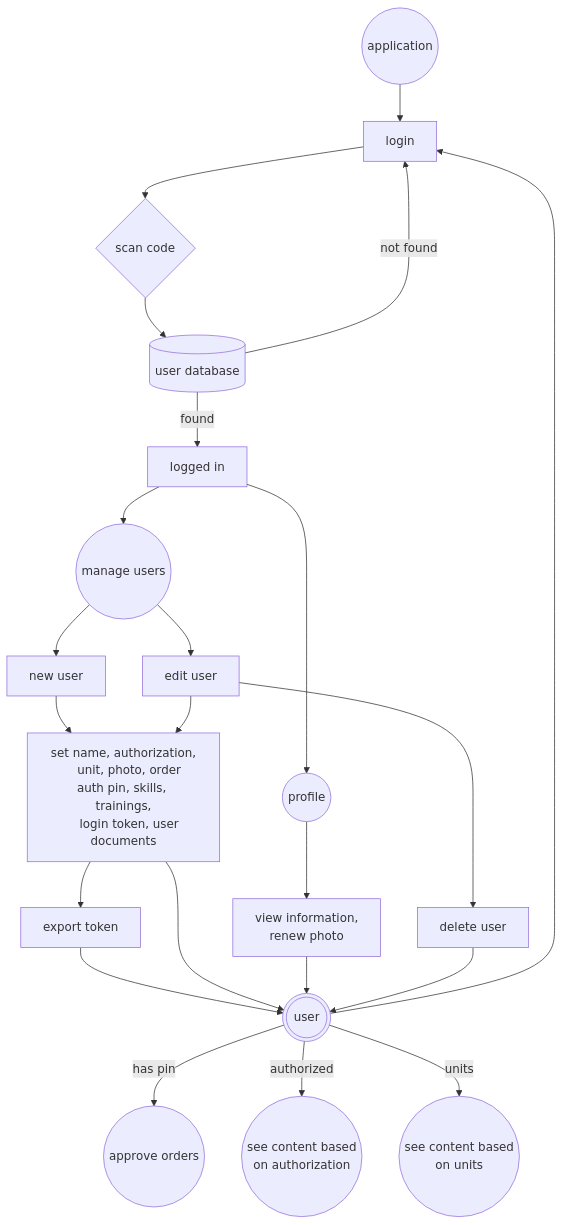
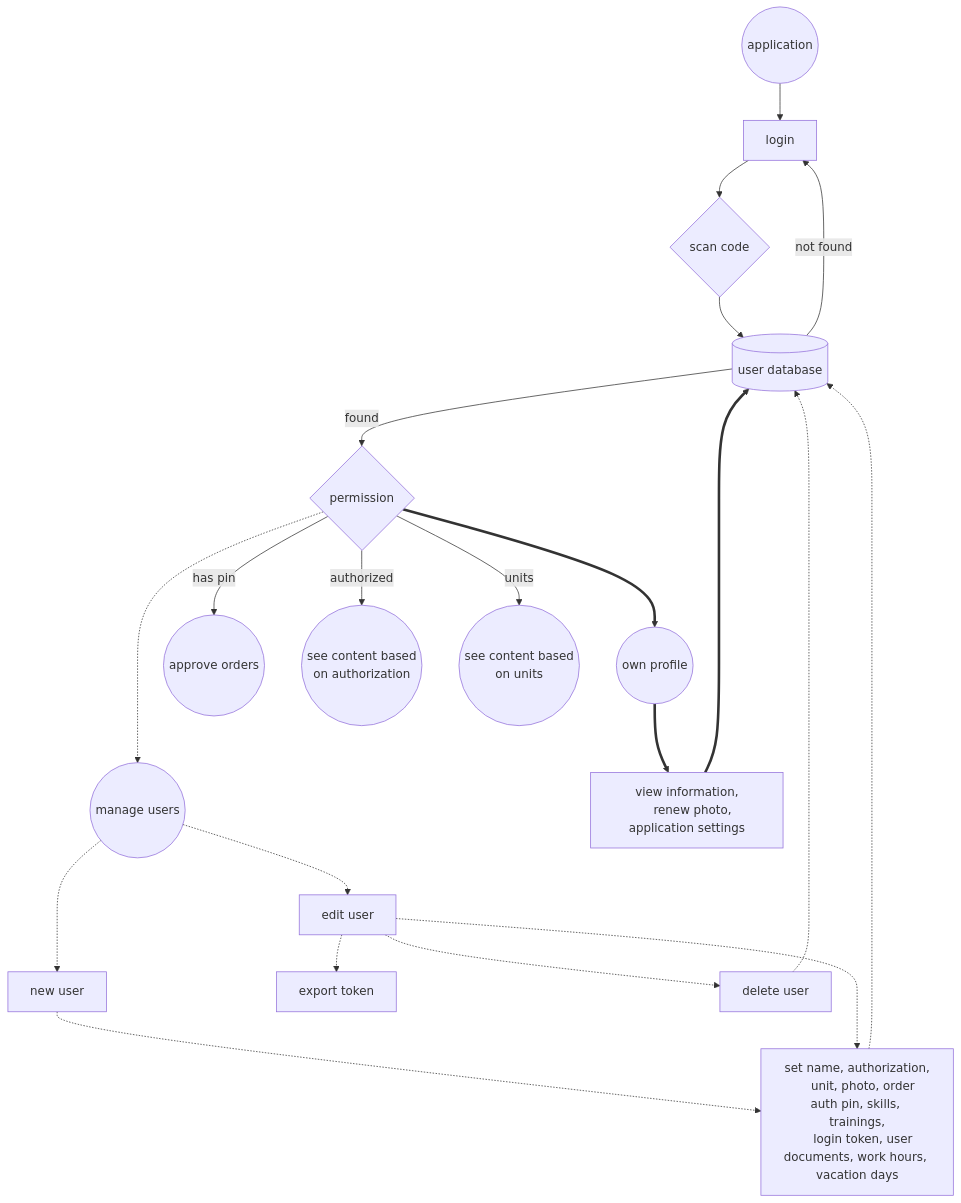
One commit to erroronline1/caro changed the first of 9 diagrams in readme.md. Above: the diagram before and after it, drawn with Mermaid. The commit also changed other lines of this file and 1 other file, not shown here.

Commit message:
flowcharts updates

````diff
--- a/readme.md
+++ b/readme.md
@@ -330,33 +330,31 @@
 ```mermaid
 graph TD;
     application((application))-->login[login];
     login-->scan_code;
     scan_code{scan code}-->user_db[(user database)];
-    user_db-->|found|logged_in[logged in];
+    user_db-->|found|permission{permission};
     user_db-->|not found|login;
-    logged_in-->manage_users((manage users));
-    manage_users-->new_user[new user];
-    manage_users-->edit_user[edit user];
-    new_user-->user_settings["set name, authorization,
+
+    permission-..->manage_users((manage users));
+    manage_users-..->new_user[new user];
+    manage_users-.->edit_user[edit user];
+    new_user-.->user_settings["set name, authorization,
     unit, photo, order auth pin, skills, trainings,
-    login token, user documents"];
-    edit_user-->user_settings;
-    user_settings-->export_token[export token];
-    export_token-->user(((user)));
-    user-->login;
-    user_settings-->user;
+    login token, user documents, work hours, vacation days"];
+    edit_user-.->user_settings;
+    edit_user-.->export_token[export token];
+    user_settings-.->user_db;
+    edit_user-.->delete_user[delete user];
+    delete_user-.->user_db;
 
-    logged_in-->own_profile((profile));
-    own_profile-->profile["view information,
-    renew photo"];
-    profile-->user;
+    permission==>own_profile((own profile));
+    own_profile==>profile["view information,
+    renew photo, application settings"];
+    profile==>user_db;
 
-    edit_user-->delete_user[delete user];
-    delete_user-->user;
-
-    user-->|has pin|orders((approve orders))
-    user-->|authorized|authorized(("see content based
+    permission-->|has pin|orders((approve orders))
+    permission-->|authorized|authorized(("see content based
     on authorization"))
-    user-->|units|units(("see content based
+    permission-->|units|units(("see content based
     on units"))
 ```
````
